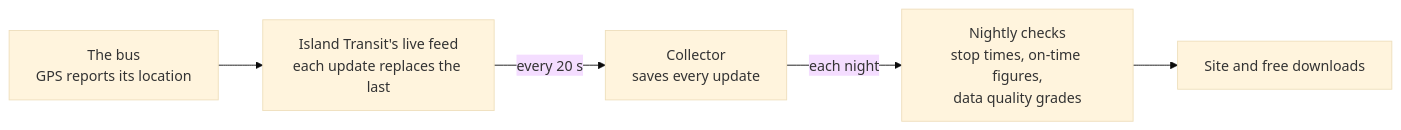
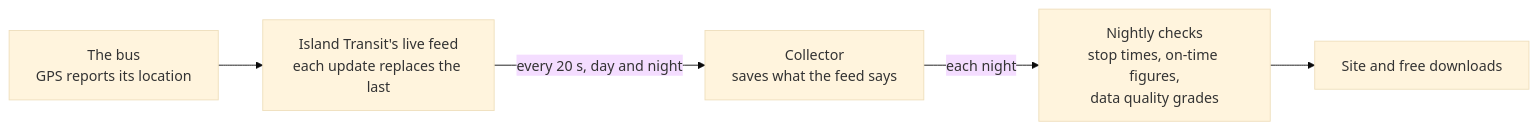
Before and after one commit to dfladagermccullugh-bot/Open-Island-Transit-Data: the diagram in README.md, drawn with Mermaid (base theme). The commit also changed 14 other files, not shown here.

````diff
--- a/README.md
+++ b/README.md
@@ -47,7 +47,7 @@
 ```mermaid
 flowchart LR
   B[The bus<br/>GPS reports its location] --> F[Island Transit's live feed<br/>each update replaces the last]
-  F -->|every 20 s| C[Collector<br/>saves every update]
+  F -->|every 20 s, day and night| C[Collector<br/>saves what the feed says]
   C -->|each night| N[Nightly checks<br/>stop times, on-time figures,<br/>data quality grades]
   N --> S[Site and free downloads]
 ```
````
